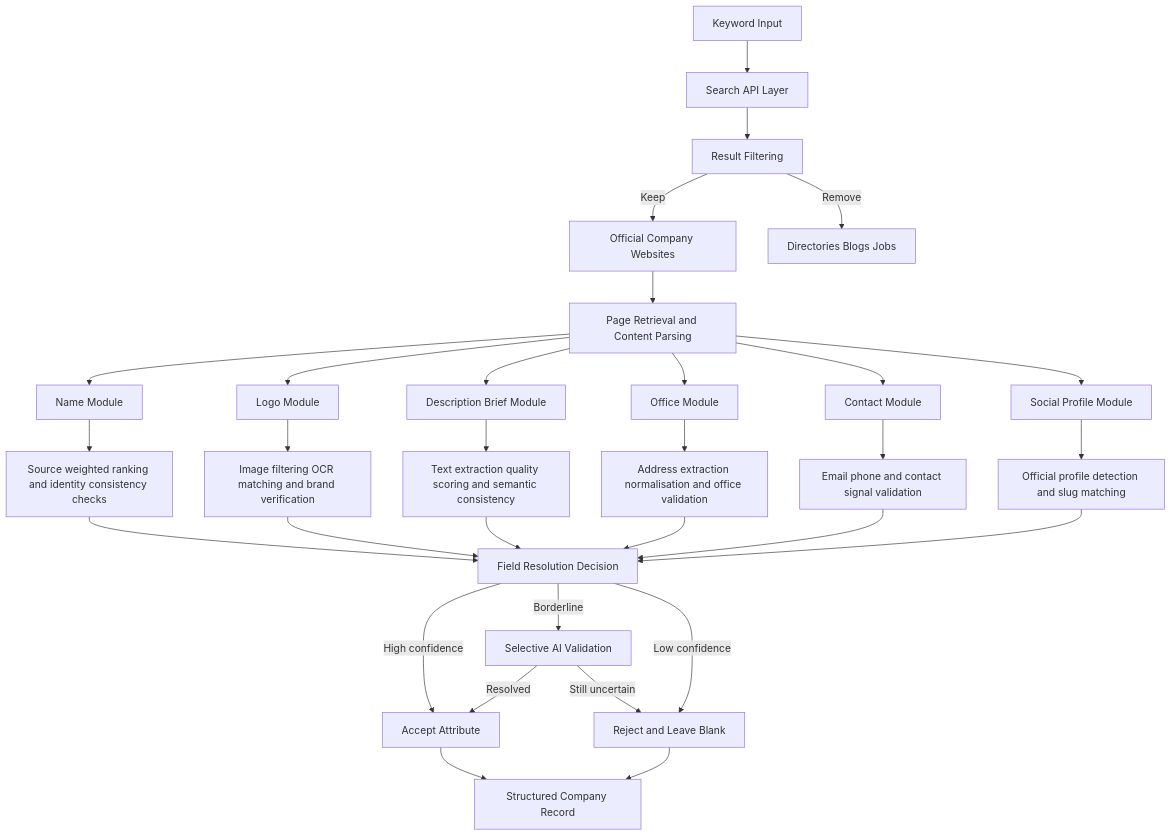
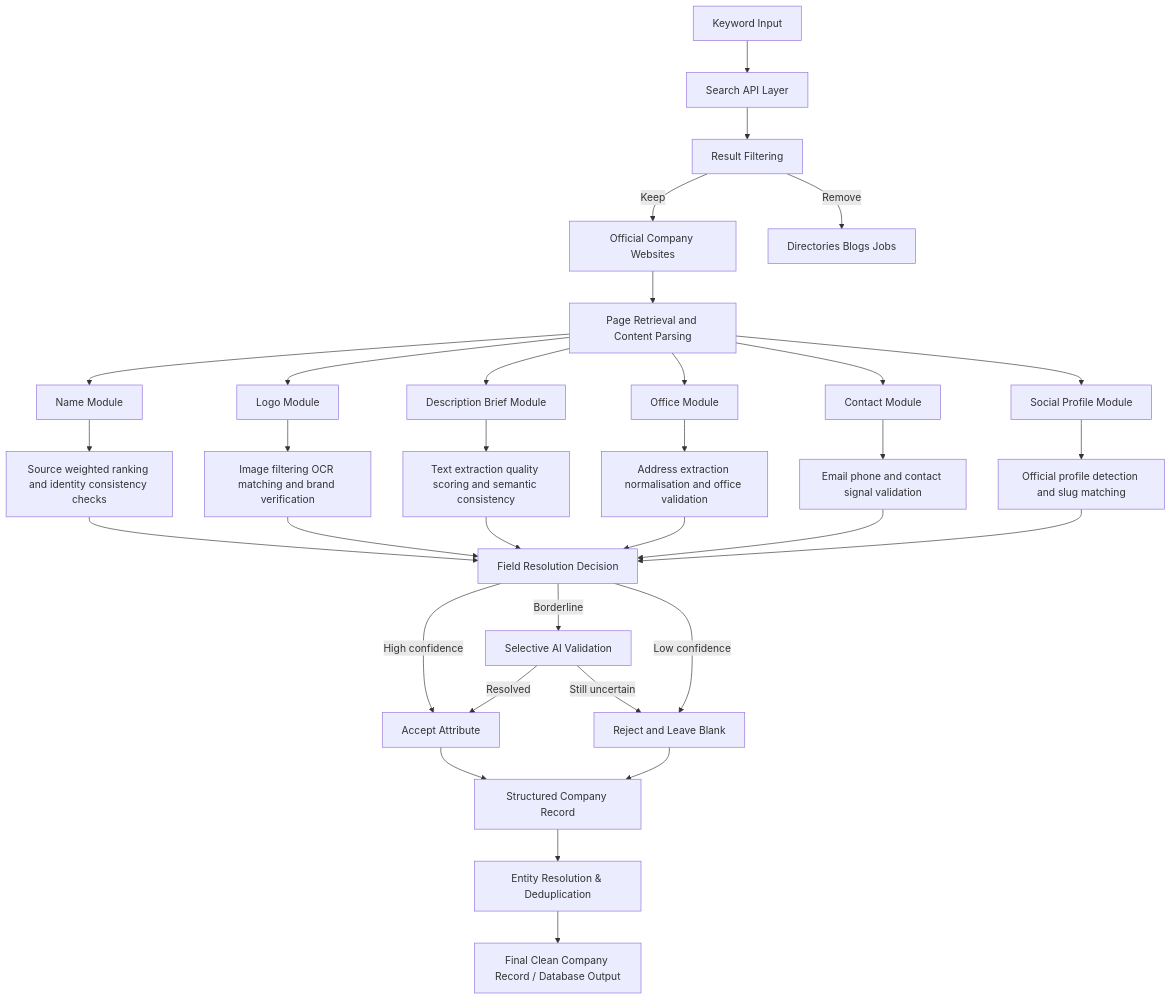
Before and after one commit to Shawna-SH/Company-Enrichment-Pipeline-Case-Study-: the diagram in README.md, drawn with Mermaid.

Commit message:
Update README with entity resolution and deduplication
Added entity resolution and deduplication to the pipeline.

````diff
--- a/README.md
+++ b/README.md
@@ -18,41 +18,44 @@
 ```mermaid
 flowchart TD
 
 A[Keyword Input] --> B[Search API Layer]
 B --> C[Result Filtering]
 C -->|Keep| D[Official Company Websites]
 C -->|Remove| X[Directories Blogs Jobs]
 
 D --> E[Page Retrieval and Content Parsing]
 
 E --> N[Name Module]
 E --> L[Logo Module]
 E --> DS[Description Brief Module]
 E --> O[Office Module]
 E --> CT[Contact Module]
 E --> SM[Social Profile Module]
 
 N --> N1[Source weighted ranking and identity consistency checks]
 L --> L1[Image filtering OCR matching and brand verification]
 DS --> DS1[Text extraction quality scoring and semantic consistency]
 O --> O1[Address extraction normalisation and office validation]
 CT --> CT1[Email phone and contact signal validation]
 SM --> SM1[Official profile detection and slug matching]
 
 N1 --> H[Field Resolution Decision]
 L1 --> H
 DS1 --> H
 O1 --> H
 CT1 --> H
 SM1 --> H
 
 H -->|High confidence| J[Accept Attribute]
 H -->|Borderline| K[Selective AI Validation]
 H -->|Low confidence| R[Reject and Leave Blank]
 
 K -->|Resolved| J
 K -->|Still uncertain| R
 
 J --> Z[Structured Company Record]
 R --> Z
+
+Z --> DQ[Entity Resolution & Deduplication]
+DQ --> F[Final Clean Company Record / Database Output]
 ```
````
